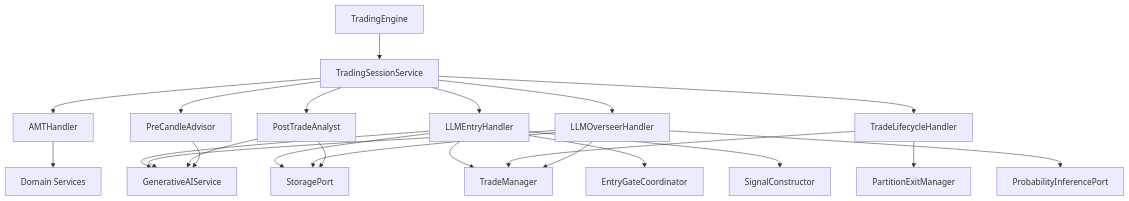
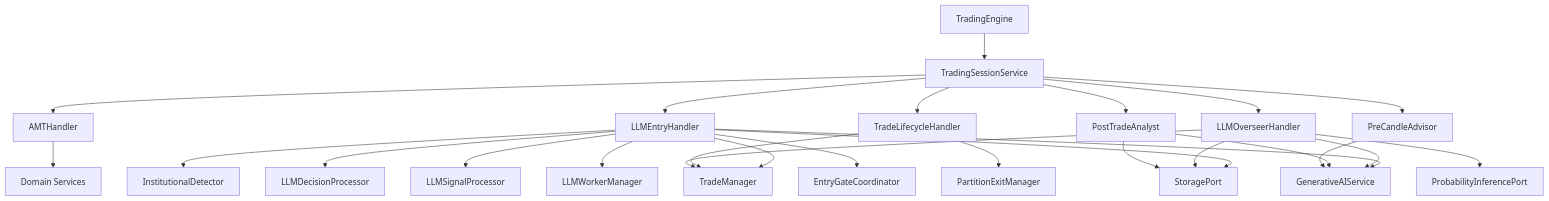
Diagram 14 of 14 in .qoder/repowiki/en/content/Backend Application/Application Handlers/Application Handlers.md (gemrajkhatry-maker/v5-of-glassytrade-ai), drawn with Mermaid before and after one commit. The commit also changed other lines of this file and 219 other files, not shown here.

First line of the commit message:
refactor: major architecture improvements across backend, backendv2, brokers, and frontend

````diff
--- a/.qoder/repowiki/en/content/Backend Application/Application Handlers/Application Handlers.md
+++ b/.qoder/repowiki/en/content/Backend Application/Application Handlers/Application Handlers.md
@@ -428,25 +615,28 @@
 ```mermaid
 graph TB
 LLM["LLMEntryHandler"] --> GAIService["GenerativeAIService"]
 LLM --> Storage["StoragePort"]
 LLM --> TM["TradeManager"]
+LLM --> InstDet["InstitutionalDetector"]
+LLM --> DecProc["LLMDecisionProcessor"]
+LLM --> SigProc["LLMSignalProcessor"]
+LLM --> WorkerMgr["LLMWorkerManager"]
 LLM --> Gates["EntryGateCoordinator"]
-LLM --> Sig["SignalConstructor"]
 Life["TradeLifecycleHandler"] --> TM
 Life --> PEM["PartitionExitManager"]
 Over["LLMOverseerHandler"] --> GAIService
 Over --> TM
 Over --> Prob["ProbabilityInferencePort"]
 Over --> Storage
 PT["PostTradeAnalyst"] --> GAIService
 PT --> Storage
 Adv["PreCandleAdvisor"] --> GAIService
 AMT["AMTHandler"] --> Domain["Domain Services"]
 Engine["TradingEngine"] --> Sess["TradingSessionService"]
 Sess --> AMT
 Sess --> LLM
 Sess --> Life
 Sess --> Over
 Sess --> PT
 Sess --> Adv
 ```
````
